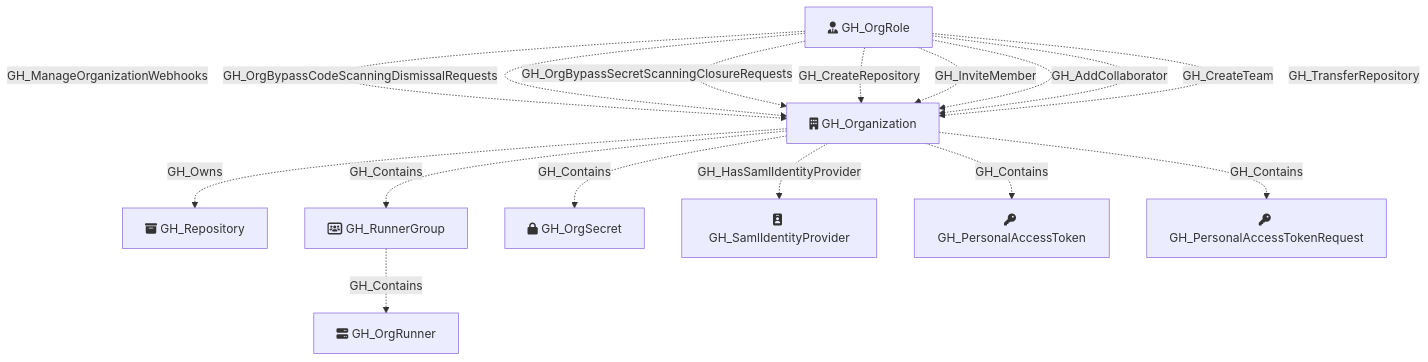
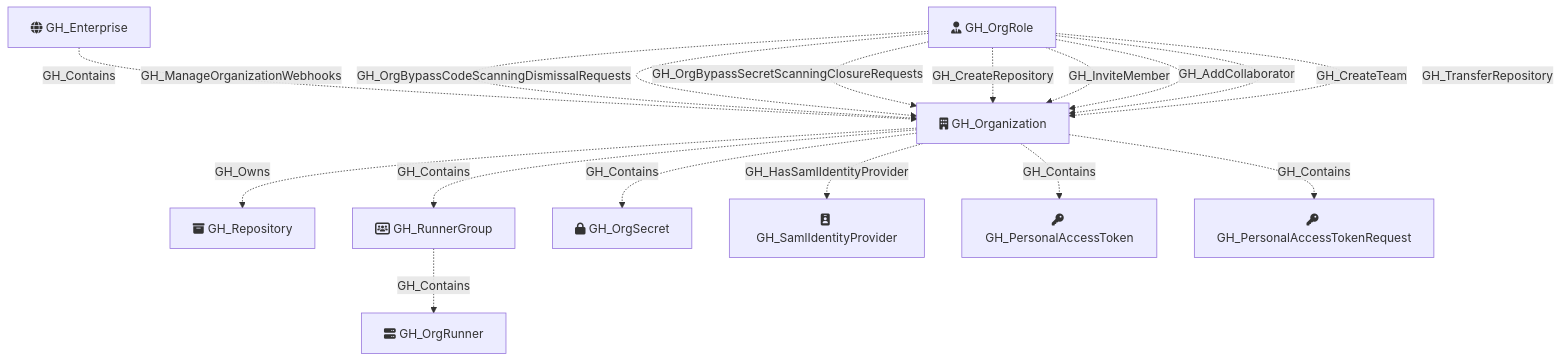
The diagram in Documentation/NodeDescriptions/GH_Organization.md (SpecterOps/GitHound), drawn with Mermaid before and after one commit. The commit also changed other lines of this file and 7 other files, not shown here.

````diff
--- a/Documentation/NodeDescriptions/GH_Organization.md
+++ b/Documentation/NodeDescriptions/GH_Organization.md
@@ -75,31 +75,33 @@
 ```mermaid
 flowchart TD
+    GH_Enterprise[fa:fa-globe GH_Enterprise]
     GH_Organization[fa:fa-building GH_Organization]
     GH_Repository[fa:fa-box-archive GH_Repository]
     GH_RunnerGroup[fa:fa-users-rectangle GH_RunnerGroup]
     GH_OrgRunner[fa:fa-server GH_OrgRunner]
     GH_OrgSecret[fa:fa-lock GH_OrgSecret]
     GH_SamlIdentityProvider[fa:fa-id-badge GH_SamlIdentityProvider]
     GH_OrgRole[fa:fa-user-tie GH_OrgRole]
 
 
+    GH_Enterprise -.->|GH_Contains| GH_Organization
     GH_Organization -.->|GH_Owns| GH_Repository
     GH_PersonalAccessToken[fa:fa-key GH_PersonalAccessToken]
     GH_PersonalAccessTokenRequest[fa:fa-key GH_PersonalAccessTokenRequest]
 
 
     GH_Organization -.->|GH_Contains| GH_OrgSecret
     GH_Organization -.->|GH_Contains| GH_RunnerGroup
     GH_RunnerGroup -.->|GH_Contains| GH_OrgRunner
     GH_Organization -.->|GH_HasSamlIdentityProvider| GH_SamlIdentityProvider
     GH_Organization -.->|GH_Contains| GH_PersonalAccessToken
     GH_Organization -.->|GH_Contains| GH_PersonalAccessTokenRequest
     GH_OrgRole -.->|GH_ManageOrganizationWebhooks| GH_Organization
     GH_OrgRole -.->|GH_OrgBypassCodeScanningDismissalRequests| GH_Organization
     GH_OrgRole -.->|GH_OrgBypassSecretScanningClosureRequests| GH_Organization
     GH_OrgRole -.->|GH_CreateRepository| GH_Organization
     GH_OrgRole -.->|GH_InviteMember| GH_Organization
     GH_OrgRole -.->|GH_AddCollaborator| GH_Organization
     GH_OrgRole -.->|GH_CreateTeam| GH_Organization
     GH_OrgRole -.->|GH_TransferRepository| GH_Organization
 ```
````
